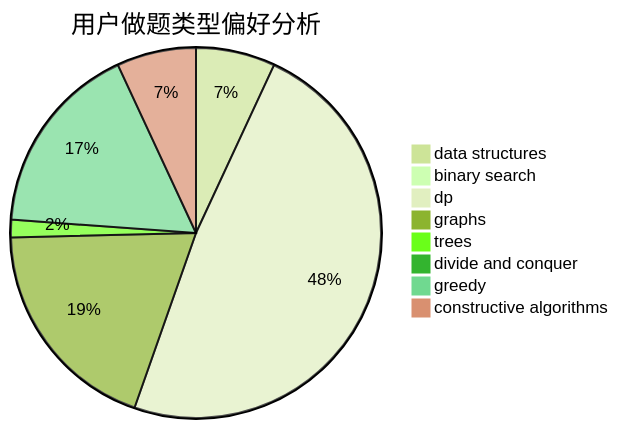
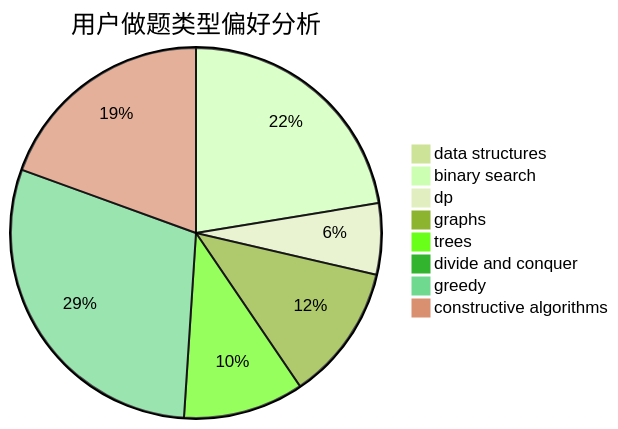
The second of 3 diagrams in docs/user/u1230.md (sherpahu/cfrs.github.io), drawn with Mermaid (forest theme) before and after one commit. The commit also changed other lines of this file and 2770 other files, not shown here.

````diff
--- a/docs/user/u1230.md
+++ b/docs/user/u1230.md
@@ -23,11 +23,11 @@
 ```mermaid
 pie title 用户做题类型偏好分析
     "data structures" :  9
-    "binary search" :  0
-    "dp" :  63
-    "graphs" :  25
-    "trees" :  2
+    "binary search" :  281
+    "dp" :  78
+    "graphs" :  149
+    "trees" :  132
     "divide and conquer" :  0
-    "greedy" :  22
-    "constructive algorithms" :  9
+    "greedy" :  370
+    "constructive algorithms" :  244
 ```
````
